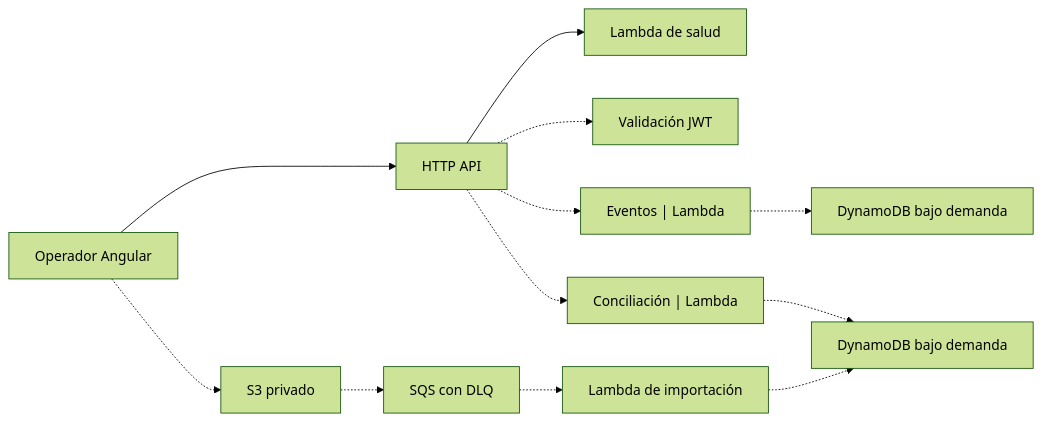
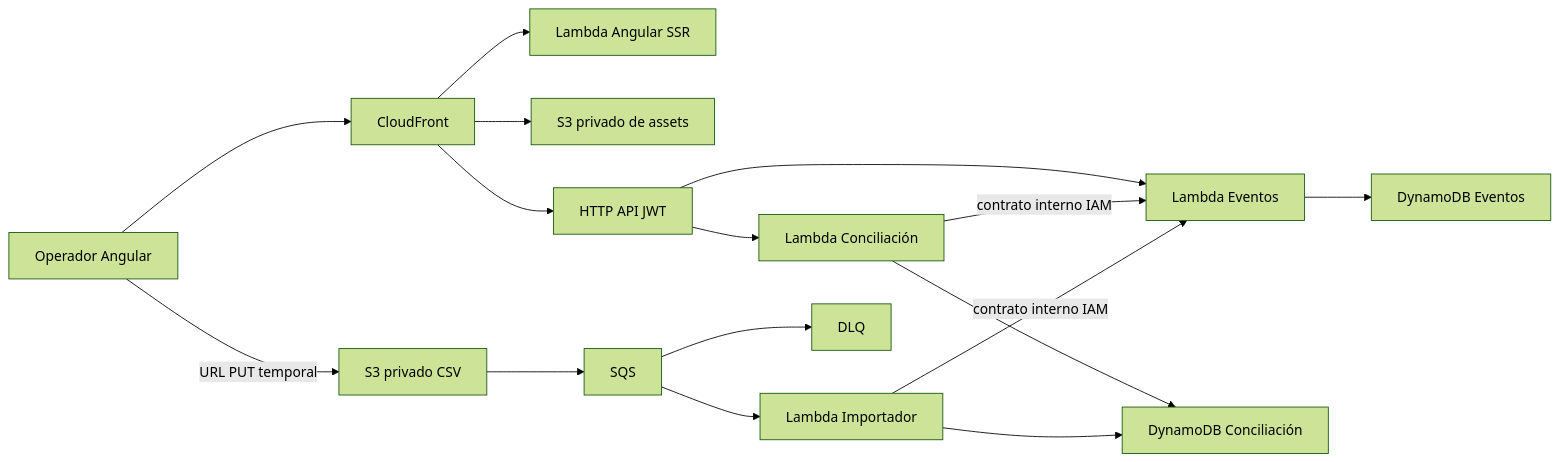
One commit to LynxPardelle/abonos-por-evento changed the diagram in docs/architecture/diagram.mmd. Above: the diagram before and after it, drawn with Mermaid (forest theme). The commit also changed 91 other files, not shown here.

```diff
--- a/docs/architecture/diagram.mmd
+++ b/docs/architecture/diagram.mmd
@@ -1,12 +1,16 @@
 flowchart LR
-    Staff["Operador Angular"] --> Api["HTTP API"]
-    Api --> Health["Lambda de salud"]
-    Api -.-> Identity["Validación JWT"]
-    Api -.-> DomainA["Eventos | Lambda"]
-    Api -.-> DomainB["Conciliación | Lambda"]
-    DomainA -.-> StoreA["DynamoDB bajo demanda"]
-    DomainB -.-> StoreB["DynamoDB bajo demanda"]
-    Staff -.-> Files["S3 privado"]
-    Files -.-> Queue["SQS con DLQ"]
-    Queue -.-> Worker["Lambda de importación"]
-    Worker -.-> StoreB
+  Staff[Operador Angular] --> CDN[CloudFront]
+  CDN --> SSR[Lambda Angular SSR]
+  CDN --> Assets[S3 privado de assets]
+  CDN --> API[HTTP API JWT]
+  API --> Events[Lambda Eventos]
+  API --> Reconciliation[Lambda Conciliación]
+  Events --> EventDB[DynamoDB Eventos]
+  Reconciliation --> LedgerDB[DynamoDB Conciliación]
+  Reconciliation -->|contrato interno IAM| Events
+  Staff -->|URL PUT temporal| Uploads[S3 privado CSV]
+  Uploads --> Queue[SQS]
+  Queue --> Worker[Lambda Importador]
+  Queue --> DLQ[DLQ]
+  Worker --> LedgerDB
+  Worker -->|contrato interno IAM| Events
```
